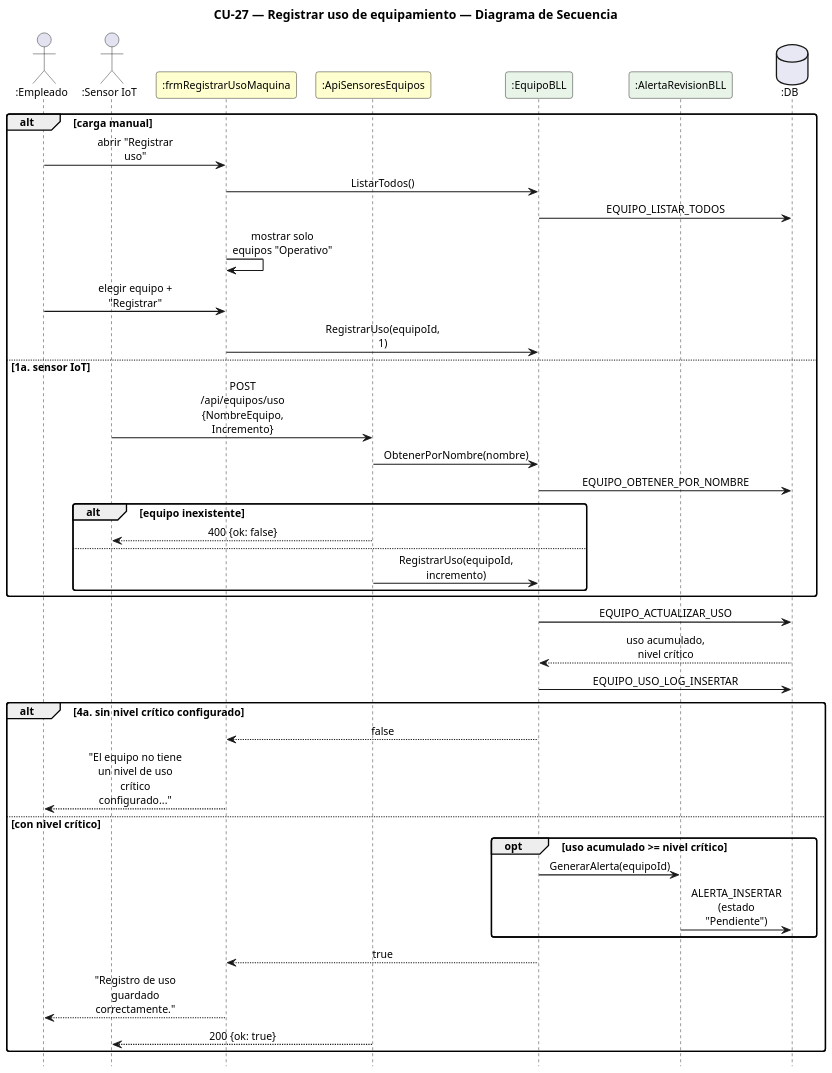
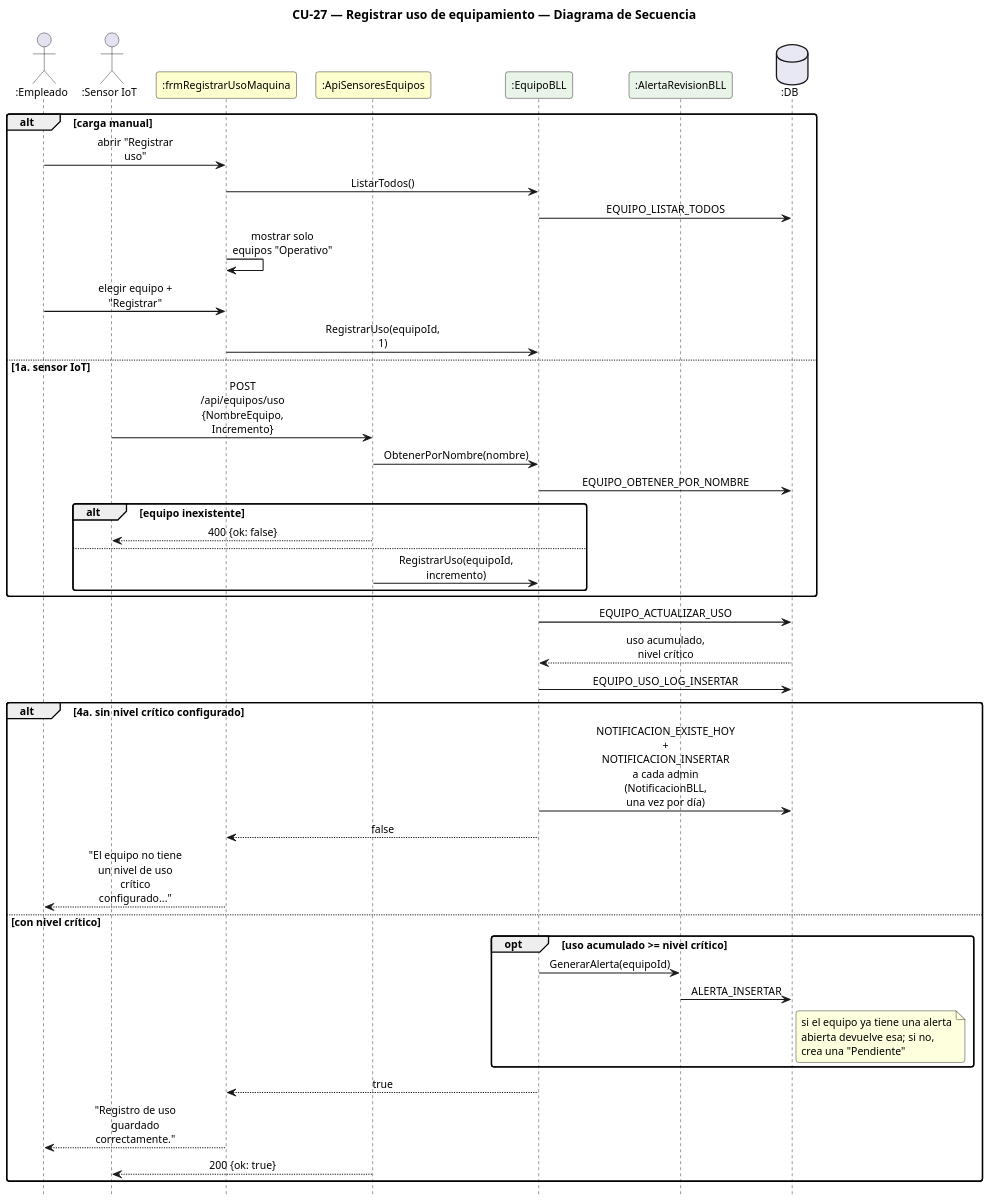
The diagram in DIAGRAMAS/DiagramaSecuencia_CU27_RegistrarUsoEquipo.puml (Urrels/ingenieria_software), drawn with PlantUML before and after one commit. The commit also changed 18 other files, not shown here.

```diff
--- a/DIAGRAMAS/DiagramaSecuencia_CU27_RegistrarUsoEquipo.puml
+++ b/DIAGRAMAS/DiagramaSecuencia_CU27_RegistrarUsoEquipo.puml
@@ -1,57 +1,59 @@
 @startuml DiagramaSecuencia_CU27_RegistrarUsoEquipo
 
 title CU-27 — Registrar uso de equipamiento — Diagrama de Secuencia
 
 skinparam shadowing false
 skinparam roundcorner 6
 skinparam sequenceArrowThickness 1.2
 skinparam ParticipantPadding 6
 skinparam BoxPadding 4
 skinparam maxMessageSize 115
 skinparam sequenceMessageAlign center
 skinparam defaultFontSize 12
 skinparam dpi 140
 hide footbox
 
 actor ":Empleado" as E
 actor ":Sensor IoT" as SI
 participant ":frmRegistrarUsoMaquina" as F #FEFECE
 participant ":ApiSensoresEquipos" as API #FEFECE
 participant ":EquipoBLL" as EB #E8F4E8
 participant ":AlertaRevisionBLL" as AB #E8F4E8
 database ":DB" as DB #E8E8F4
 
 alt carga manual
   E -> F : abrir "Registrar uso"
   F -> EB : ListarTodos()
   EB -> DB : EQUIPO_LISTAR_TODOS
   F -> F : mostrar solo equipos "Operativo"
   E -> F : elegir equipo + "Registrar"
   F -> EB : RegistrarUso(equipoId, 1)
 else 1a. sensor IoT
   SI -> API : POST /api/equipos/uso\n{NombreEquipo, Incremento}
   API -> EB : ObtenerPorNombre(nombre)
   EB -> DB : EQUIPO_OBTENER_POR_NOMBRE
   alt equipo inexistente
     API --> SI : 400 {ok: false}
   else
     API -> EB : RegistrarUso(equipoId, incremento)
   end
 end
 EB -> DB : EQUIPO_ACTUALIZAR_USO
 DB --> EB : uso acumulado, nivel crítico
 EB -> DB : EQUIPO_USO_LOG_INSERTAR
 alt 4a. sin nivel crítico configurado
+  EB -> DB : NOTIFICACION_EXISTE_HOY\n+ NOTIFICACION_INSERTAR a cada admin\n(NotificacionBLL, una vez por día)
   EB --> F : false
   F --> E : "El equipo no tiene un nivel de uso crítico configurado..."
 else con nivel crítico
   opt uso acumulado >= nivel crítico
     EB -> AB : GenerarAlerta(equipoId)
-    AB -> DB : ALERTA_INSERTAR (estado "Pendiente")
+    AB -> DB : ALERTA_INSERTAR
+    note right of DB : si el equipo ya tiene una alerta\nabierta devuelve esa; si no,\ncrea una "Pendiente"
   end
   EB --> F : true
   F --> E : "Registro de uso guardado correctamente."
   API --> SI : 200 {ok: true}
 end
 
 @enduml
```
